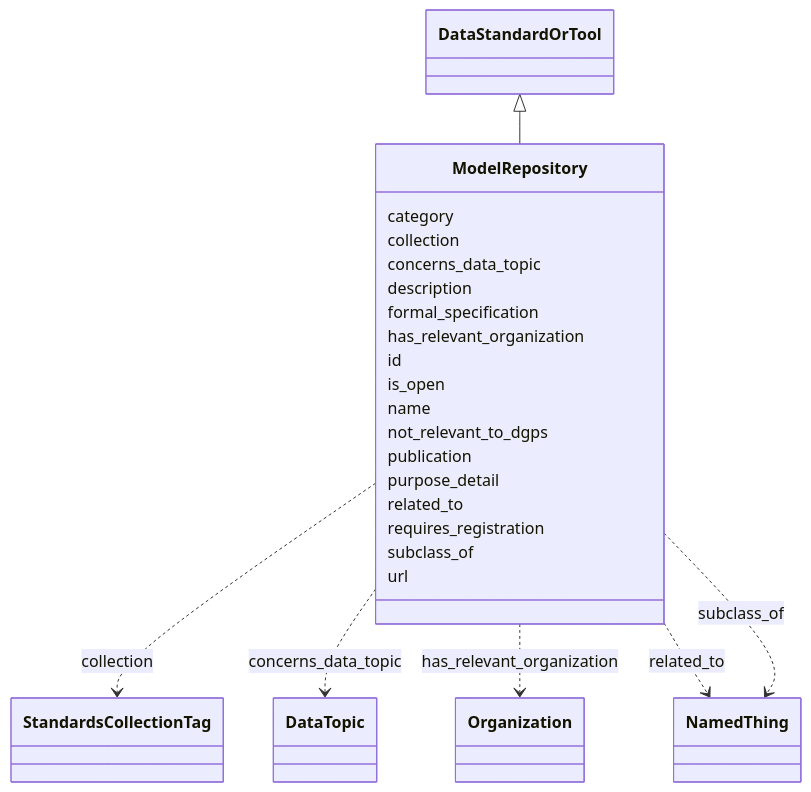
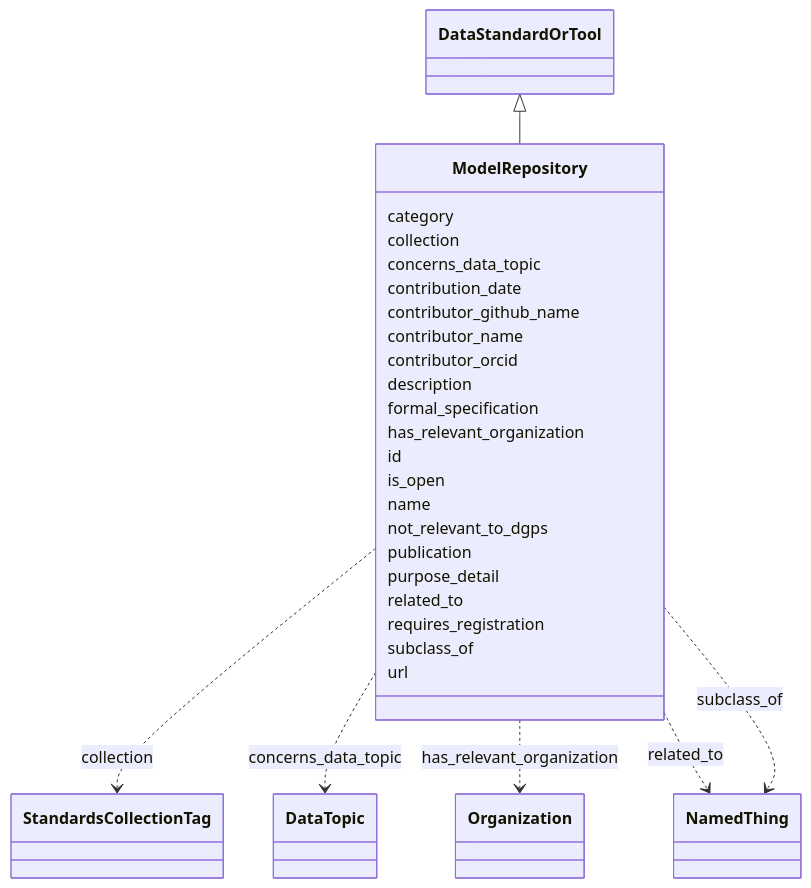
Before and after one commit to bridge2ai/standards-schemas: the diagram in docs/ModelRepository.md, drawn with Mermaid. The commit also changed other lines of this file and 51 other files, not shown here.

````diff
--- a/docs/ModelRepository.md
+++ b/docs/ModelRepository.md
@@ -11,49 +11,57 @@
 ```mermaid
  classDiagram
     class ModelRepository
       DataStandardOrTool <|-- ModelRepository
       
       ModelRepository : category
         
       ModelRepository : collection
         
           ModelRepository ..> StandardsCollectionTag : collection
         
       ModelRepository : concerns_data_topic
         
           ModelRepository ..> DataTopic : concerns_data_topic
+        
+      ModelRepository : contribution_date
+        
+      ModelRepository : contributor_github_name
+        
+      ModelRepository : contributor_name
+        
+      ModelRepository : contributor_orcid
         
       ModelRepository : description
         
       ModelRepository : formal_specification
         
       ModelRepository : has_relevant_organization
         
           ModelRepository ..> Organization : has_relevant_organization
         
       ModelRepository : id
         
       ModelRepository : is_open
         
       ModelRepository : name
         
       ModelRepository : not_relevant_to_dgps
         
       ModelRepository : publication
         
       ModelRepository : purpose_detail
         
       ModelRepository : related_to
         
           ModelRepository ..> NamedThing : related_to
         
       ModelRepository : requires_registration
         
       ModelRepository : subclass_of
         
           ModelRepository ..> NamedThing : subclass_of
         
       ModelRepository : url
         
       
 ```
````
